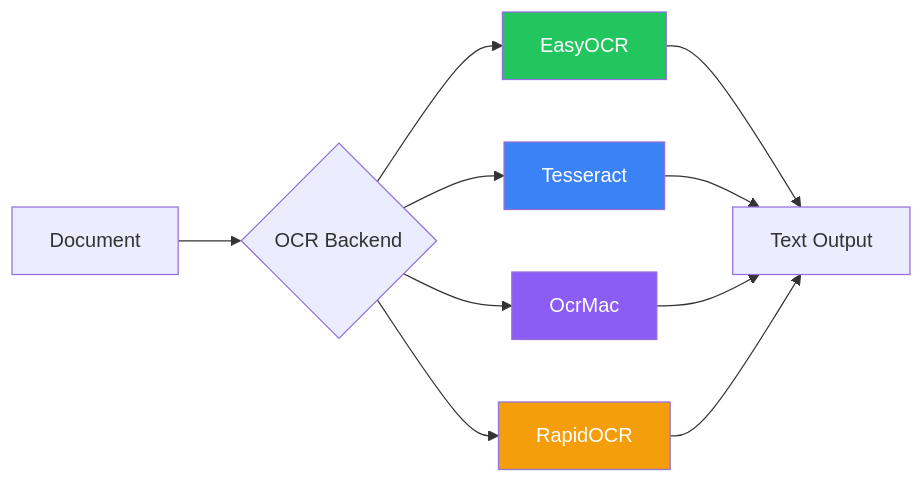
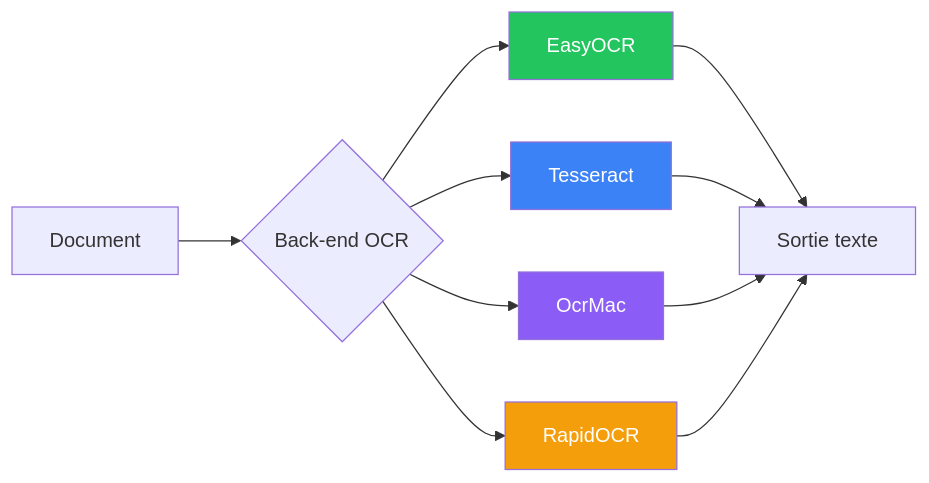
One commit to duckling-ui/duckling changed the eighth of 8 diagrams in docs/fr/architecture/diagrams.md. Above: the diagram before and after it, drawn with Mermaid. The commit also changed other lines of this file and 133 other files, not shown here.

````diff
--- a/docs/fr/architecture/diagrams.md
+++ b/docs/fr/architecture/diagrams.md
@@ -215,19 +215,19 @@
 ```mermaid
 graph LR
-    Input[Document] --> OCR{OCR Backend}
+    Input[Document] --> OCR{Back-end OCR}
 
     OCR --> Easy[EasyOCR]
     OCR --> Tess[Tesseract]
     OCR --> Mac[OcrMac]
     OCR --> Rapid[RapidOCR]
 
-    Easy --> Out[Text Output]
+    Easy --> Out[Sortie texte]
     Tess --> Out
     Mac --> Out
     Rapid --> Out
 
     style Easy fill:#22c55e,color:#fff
     style Tess fill:#3b82f6,color:#fff
     style Mac fill:#8b5cf6,color:#fff
     style Rapid fill:#f59e0b,color:#fff
 ```
````
